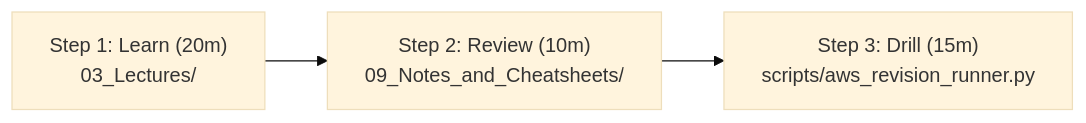
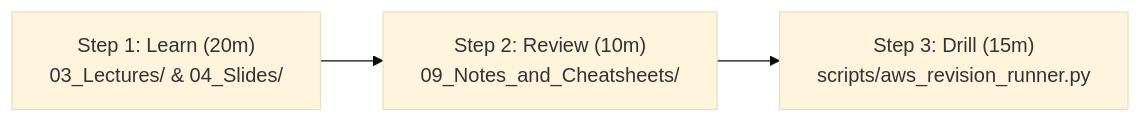
One commit to fakhruldeen/AWS changed the first of 2 diagrams in Cloud/Practitioner/CLF-C02/00_START_HERE.md. Above: the diagram before and after it, drawn with Mermaid (base theme). The commit also changed other lines of this file, not shown here.

````diff
--- a/Cloud/Practitioner/CLF-C02/00_START_HERE.md
+++ b/Cloud/Practitioner/CLF-C02/00_START_HERE.md
@@ -14,5 +14,5 @@
 ```mermaid
 flowchart LR
-    Learn["Step 1: Learn (20m)<br/>03_Lectures/"] --> Review["Step 2: Review (10m)<br/>09_Notes_and_Cheatsheets/"]
+    Learn["Step 1: Learn (20m)<br/>03_Lectures/ & 04_Slides/"] --> Review["Step 2: Review (10m)<br/>09_Notes_and_Cheatsheets/"]
     Review --> Drill["Step 3: Drill (15m)<br/>scripts/aws_revision_runner.py"]
 ```
````
